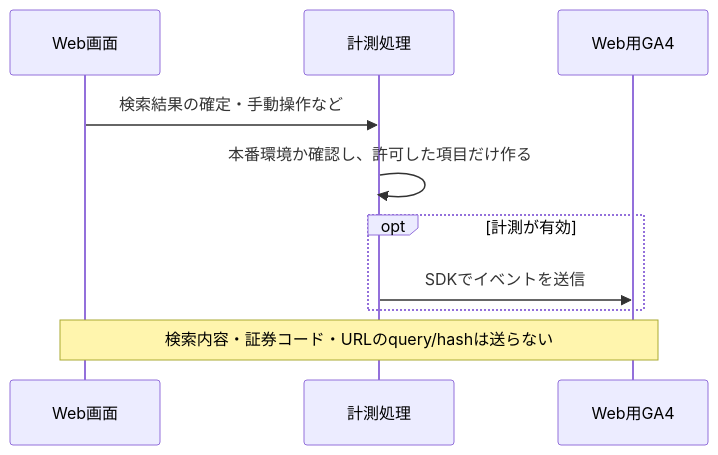
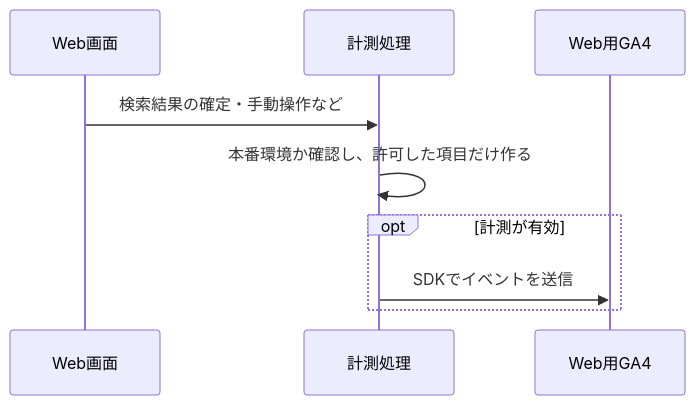
One commit to shin4488/financial-statement changed the first of 2 diagrams in docs/analytics/README.md. Above: the diagram before and after it, drawn with Mermaid. The commit also changed other lines of this file and 7 other files, not shown here.

````diff
--- a/docs/analytics/README.md
+++ b/docs/analytics/README.md
@@ -51,12 +51,11 @@
 ```mermaid
 sequenceDiagram
     participant P as Web画面
     participant A as 計測処理
     participant G as Web用GA4
     P->>A: 検索結果の確定・手動操作など
     A->>A: 本番環境か確認し、許可した項目だけ作る
     opt 計測が有効
         A->>G: SDKでイベントを送信
     end
-    Note over P,G: 検索内容・証券コード・URLのquery/hashは送らない
 ```
````
